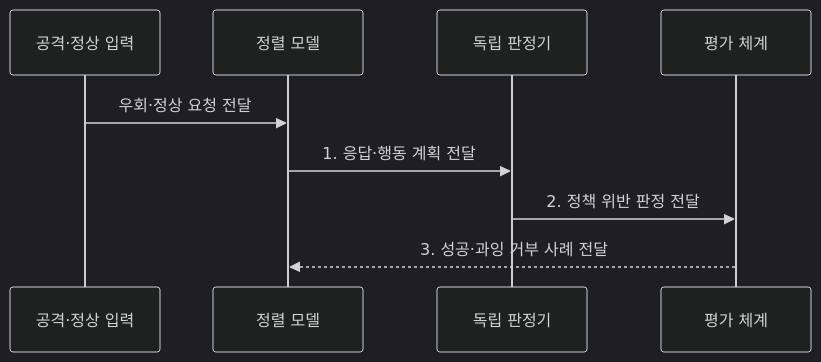
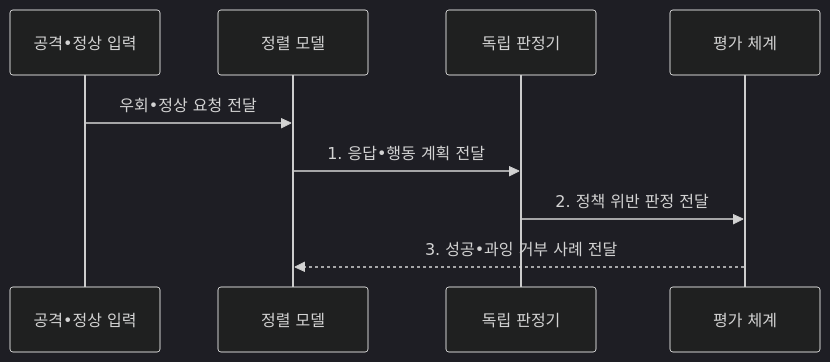
One commit to agnusdei1207/knowledge-base changed the second of 2 diagrams in src/content/docs/notes/08-latest-tech/118_jailbreak_attack.md. Above: the diagram before and after it, drawn with Mermaid (dark theme). The commit also changed other lines of this file and 953 other files, not shown here.

````diff
--- a/src/content/docs/notes/08-latest-tech/118_jailbreak_attack.md
+++ b/src/content/docs/notes/08-latest-tech/118_jailbreak_attack.md
@@ -103,11 +103,11 @@
 ```mermaid
 sequenceDiagram
-    participant I as 공격·정상 입력
+    participant I as 공격•정상 입력
     participant M as 정렬 모델
     participant J as 독립 판정기
     participant E as 평가 체계
-    I->>M: 우회·정상 요청 전달
-    M->>J: 1. 응답·행동 계획 전달
+    I->>M: 우회•정상 요청 전달
+    M->>J: 1. 응답•행동 계획 전달
     J->>E: 2. 정책 위반 판정 전달
-    E-->>M: 3. 성공·과잉 거부 사례 전달
+    E-->>M: 3. 성공•과잉 거부 사례 전달
 ```
````
